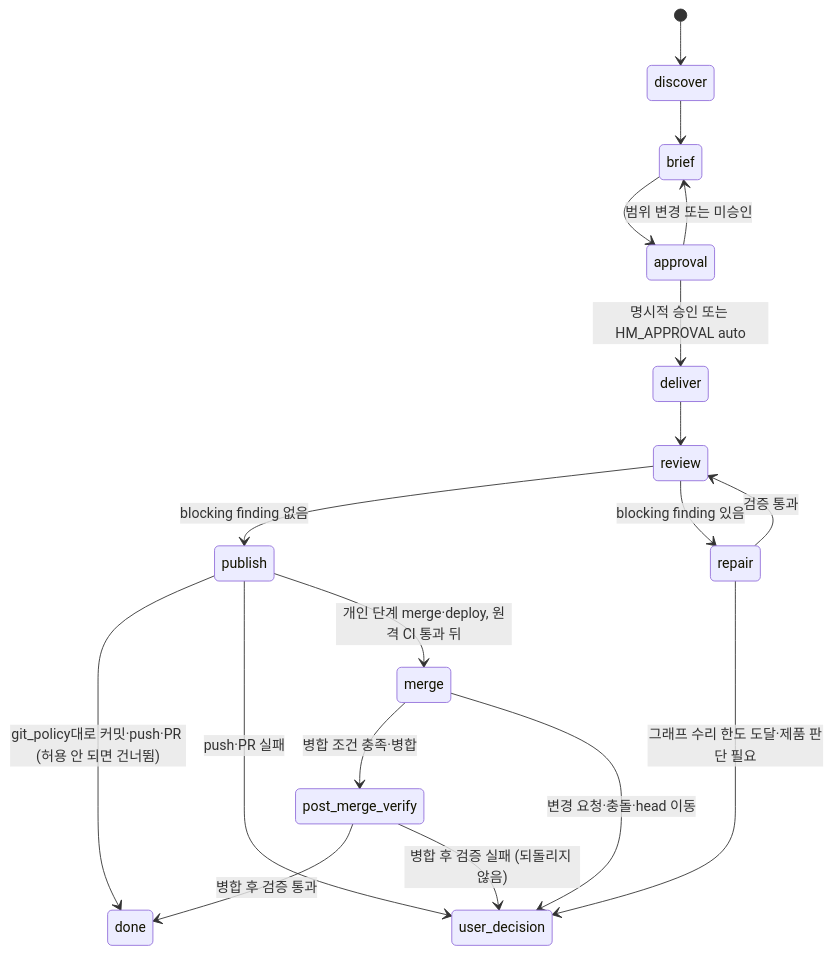
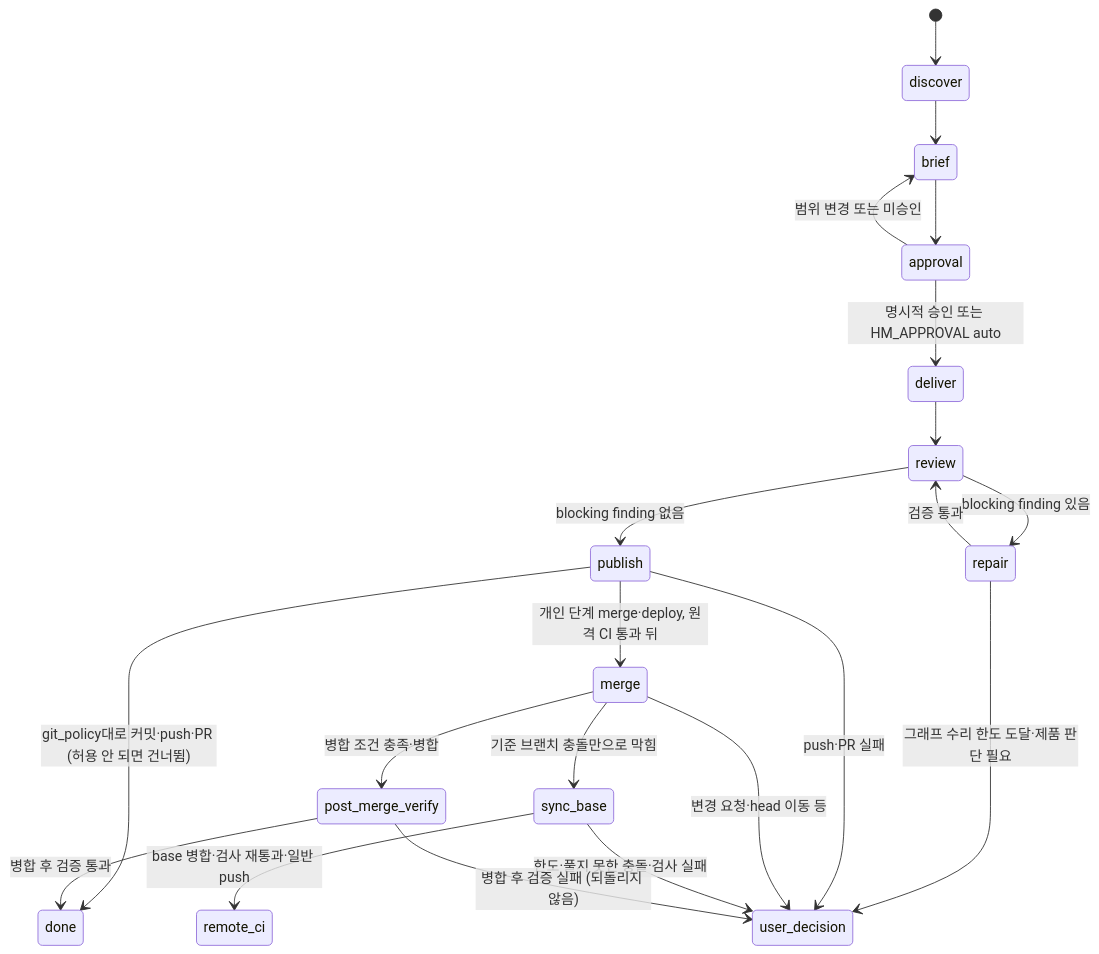
The second of 6 diagrams in README.md (cano721/ai-harness), drawn with Mermaid before and after one commit. The commit also changed other lines of this file and 28 other files, not shown here.

First line of the commit message:
feat(runner): merge가 base 충돌로 막히면 sync_base로 base를 동기화해 병합까지 잇기 (#508)

````diff
--- a/README.md
+++ b/README.md
@@ -261,20 +261,23 @@
 ```mermaid
 stateDiagram-v2
     [*] --> discover
     discover --> brief
     brief --> approval
     approval --> brief: 범위 변경 또는 미승인
     approval --> deliver: 명시적 승인 또는 HM_APPROVAL auto
     deliver --> review
     review --> publish: blocking finding 없음
     review --> repair: blocking finding 있음
     repair --> review: 검증 통과
     repair --> user_decision: 그래프 수리 한도 도달·제품 판단 필요
     publish --> done: git_policy대로 커밋·push·PR (허용 안 되면 건너뜀)
     publish --> user_decision: push·PR 실패
     publish --> merge: 개인 단계 merge·deploy, 원격 CI 통과 뒤
     merge --> post_merge_verify: 병합 조건 충족·병합
-    merge --> user_decision: 변경 요청·충돌·head 이동
+    merge --> sync_base: 기준 브랜치 충돌만으로 막힘
+    merge --> user_decision: 변경 요청·head 이동 등
+    sync_base --> remote_ci: base 병합·검사 재통과·일반 push
+    sync_base --> user_decision: 한도·풀지 못한 충돌·검사 실패
     post_merge_verify --> done: 병합 후 검증 통과
     post_merge_verify --> user_decision: 병합 후 검증 실패 (되돌리지 않음)
 ```
````
